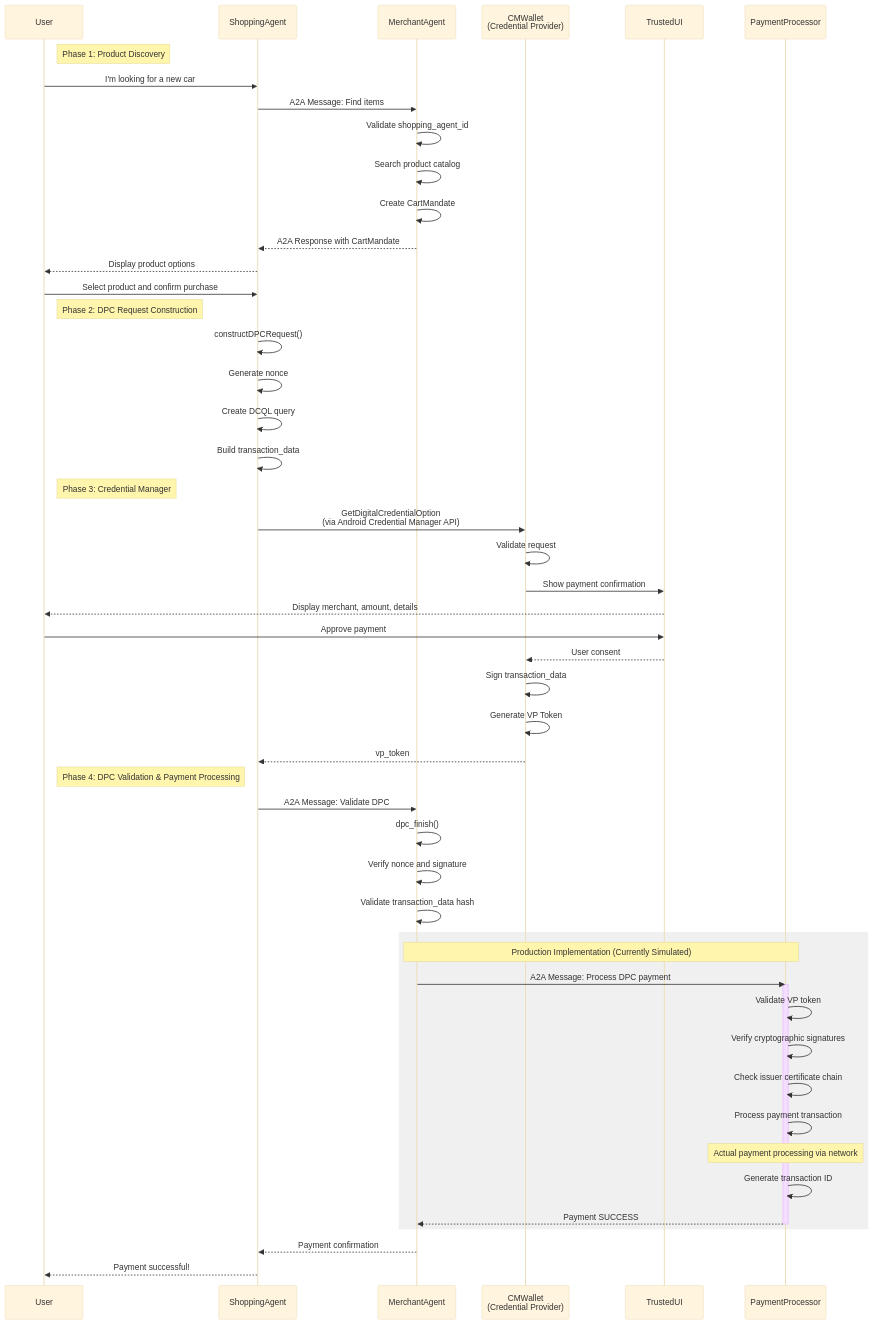
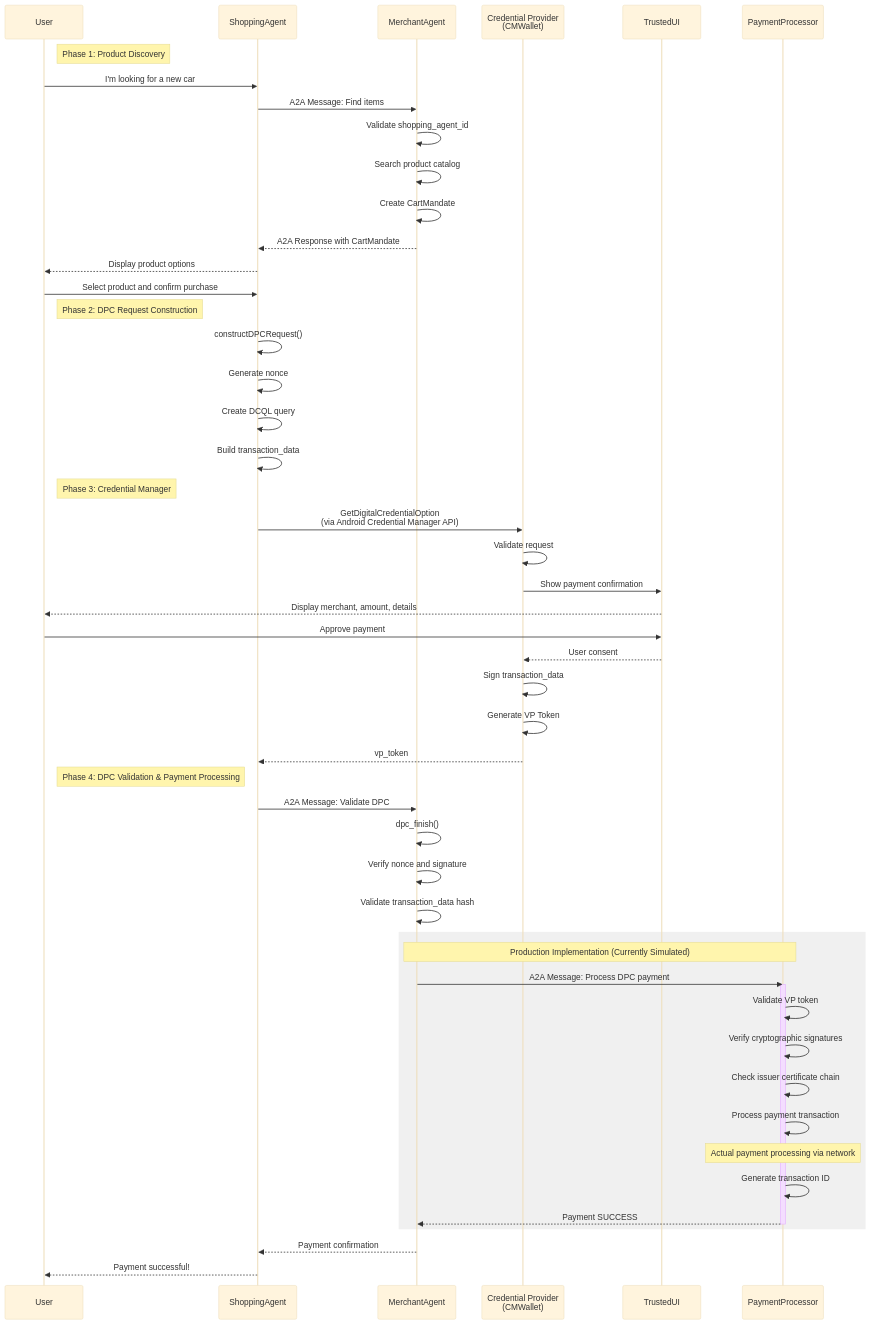
The first of 3 diagrams in src/ap2/ap2-sample-dpc.md (kukgini/kukgini.github.io), drawn with Mermaid (base theme) before and after one commit.

Commit message:
Update DPC diagram and apply width constraint to flowchart
- Rename CMWallet to Credential Provider in sequence diagram (CMWallet as subtitle)
- Apply 60% width constraint to flowchart diagram for consistency
- Improve diagram readability on wide screens

````diff
--- a/src/ap2/ap2-sample-dpc.md
+++ b/src/ap2/ap2-sample-dpc.md
@@ -7,64 +7,64 @@
 ```mermaid
 sequenceDiagram
     participant User
     participant ShoppingAgent
     participant MerchantAgent
-    participant CMWallet as CMWallet<br/>(Credential Provider)
+    participant CredentialProvider as Credential Provider<br/>(CMWallet)
     participant TrustedUI
     participant PaymentProcessor
 
     Note right of User: Phase 1: Product Discovery
 
     User->>ShoppingAgent: I'm looking for a new car
     ShoppingAgent->>MerchantAgent: A2A Message: Find items
     MerchantAgent->>MerchantAgent: Validate shopping_agent_id
     MerchantAgent->>MerchantAgent: Search product catalog
     MerchantAgent->>MerchantAgent: Create CartMandate
     MerchantAgent-->>ShoppingAgent: A2A Response with CartMandate
     ShoppingAgent-->>User: Display product options
 
     User->>ShoppingAgent: Select product and confirm purchase
 
     Note right of User: Phase 2: DPC Request Construction
 
     ShoppingAgent->>ShoppingAgent: constructDPCRequest()
     ShoppingAgent->>ShoppingAgent: Generate nonce
     ShoppingAgent->>ShoppingAgent: Create DCQL query
     ShoppingAgent->>ShoppingAgent: Build transaction_data
 
     Note right of User: Phase 3: Credential Manager
 
-    ShoppingAgent->>CMWallet: GetDigitalCredentialOption<br/>(via Android Credential Manager API)
-    CMWallet->>CMWallet: Validate request
-    CMWallet->>TrustedUI: Show payment confirmation
+    ShoppingAgent->>CredentialProvider: GetDigitalCredentialOption<br/>(via Android Credential Manager API)
+    CredentialProvider->>CredentialProvider: Validate request
+    CredentialProvider->>TrustedUI: Show payment confirmation
     TrustedUI-->>User: Display merchant, amount, details
     User->>TrustedUI: Approve payment
-    TrustedUI-->>CMWallet: User consent
-    CMWallet->>CMWallet: Sign transaction_data
-    CMWallet->>CMWallet: Generate VP Token
-    CMWallet-->>ShoppingAgent: vp_token
+    TrustedUI-->>CredentialProvider: User consent
+    CredentialProvider->>CredentialProvider: Sign transaction_data
+    CredentialProvider->>CredentialProvider: Generate VP Token
+    CredentialProvider-->>ShoppingAgent: vp_token
 
     Note right of User: Phase 4: DPC Validation & Payment Processing
 
     ShoppingAgent->>MerchantAgent: A2A Message: Validate DPC
     MerchantAgent->>MerchantAgent: dpc_finish()
     MerchantAgent->>MerchantAgent: Verify nonce and signature
     MerchantAgent->>MerchantAgent: Validate transaction_data hash
     
     rect rgb(240, 240, 240)
         Note over MerchantAgent,PaymentProcessor: Production Implementation (Currently Simulated)
         MerchantAgent->>PaymentProcessor: A2A Message: Process DPC payment
         activate PaymentProcessor
         PaymentProcessor->>PaymentProcessor: Validate VP token
         PaymentProcessor->>PaymentProcessor: Verify cryptographic signatures
         PaymentProcessor->>PaymentProcessor: Check issuer certificate chain
         PaymentProcessor->>PaymentProcessor: Process payment transaction
         Note over PaymentProcessor: Actual payment processing via network
         PaymentProcessor->>PaymentProcessor: Generate transaction ID
         PaymentProcessor-->>MerchantAgent: Payment SUCCESS
         deactivate PaymentProcessor
     end
     
     MerchantAgent-->>ShoppingAgent: Payment confirmation
     ShoppingAgent-->>User: Payment successful!
 ```
````
